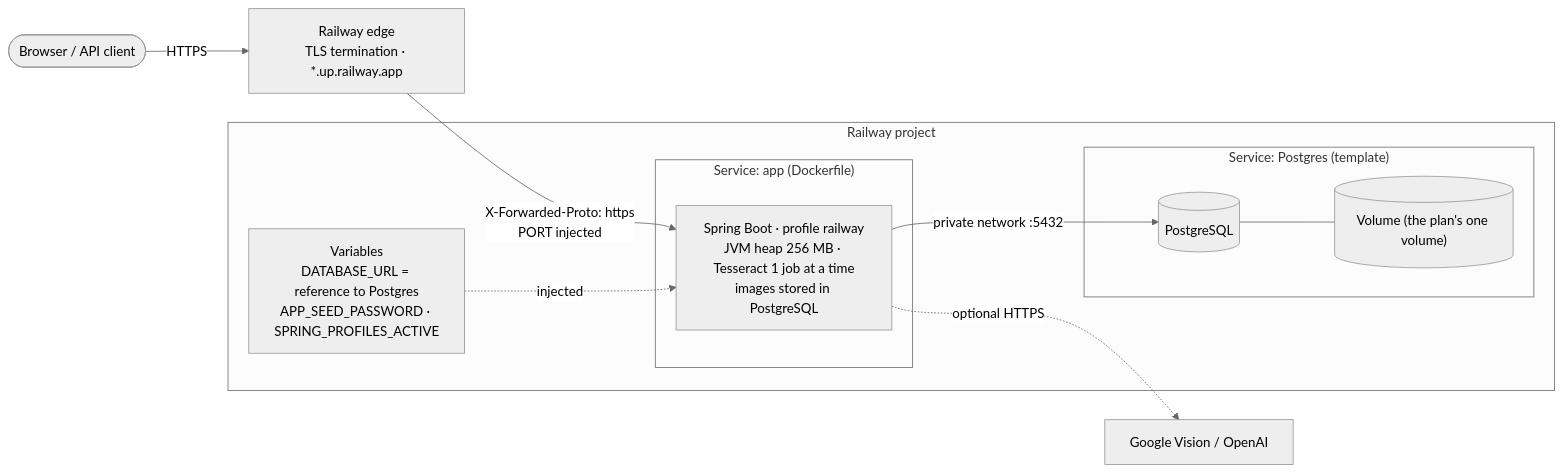
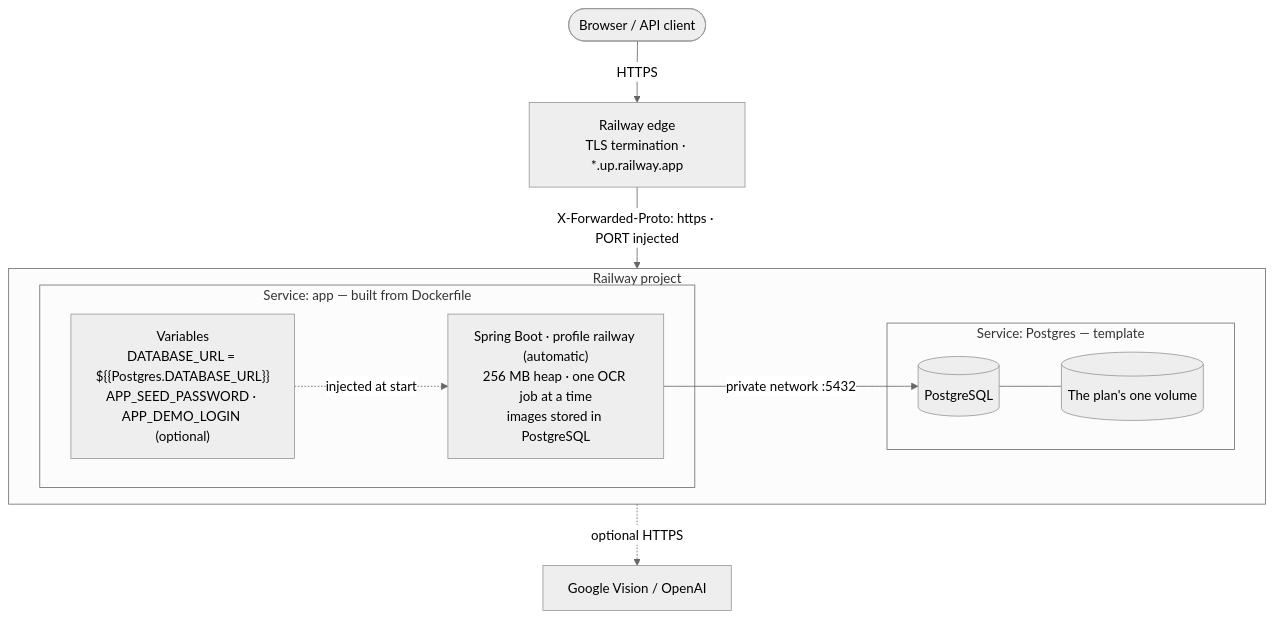
One commit to SarvariVin/ttb-label-verification changed the diagram in docs/deploy-railway.md. Above: the diagram before and after it, drawn with Mermaid (neutral theme). The commit also changed other lines of this file and 251 other files, not shown here.

````diff
--- a/docs/deploy-railway.md
+++ b/docs/deploy-railway.md
@@ -7,19 +7,22 @@
 ```mermaid
-flowchart LR
+flowchart TB
     users(["Browser / API client"]) -->|"HTTPS"| edge["Railway edge<br/>TLS termination · *.up.railway.app"]
+
     subgraph project["Railway project"]
-        subgraph appsvc["Service: app (Dockerfile)"]
-            app["Spring Boot · profile railway<br/>JVM heap 256 MB · Tesseract 1 job at a time<br/>images stored in PostgreSQL"]
+        direction LR
+        subgraph appsvc["Service: app — built from Dockerfile"]
+            app["Spring Boot · profile railway (automatic)<br/>256 MB heap · one OCR job at a time<br/>images stored in PostgreSQL"]
+            vars["Variables<br/>DATABASE_URL = ${{Postgres.DATABASE_URL}}<br/>APP_SEED_PASSWORD · APP_DEMO_LOGIN (optional)"]
         end
-        subgraph dbsvc["Service: Postgres (template)"]
+        subgraph dbsvc["Service: Postgres — template"]
             pg[("PostgreSQL")]
-            vol[("Volume (the plan's one volume)")]
+            vol[("The plan's one volume")]
         end
-        vars["Variables<br/>DATABASE_URL = reference to Postgres<br/>APP_SEED_PASSWORD · SPRING_PROFILES_ACTIVE"]
     end
-    edge -->|"X-Forwarded-Proto: https<br/>PORT injected"| app
+
+    edge -->|"X-Forwarded-Proto: https · PORT injected"| app
+    vars -. "injected at start" .-> app
     app -->|"private network :5432"| pg
     pg --- vol
-    vars -. injected .-> app
     app -. "optional HTTPS" .-> ai["Google Vision / OpenAI"]
 ```
````
